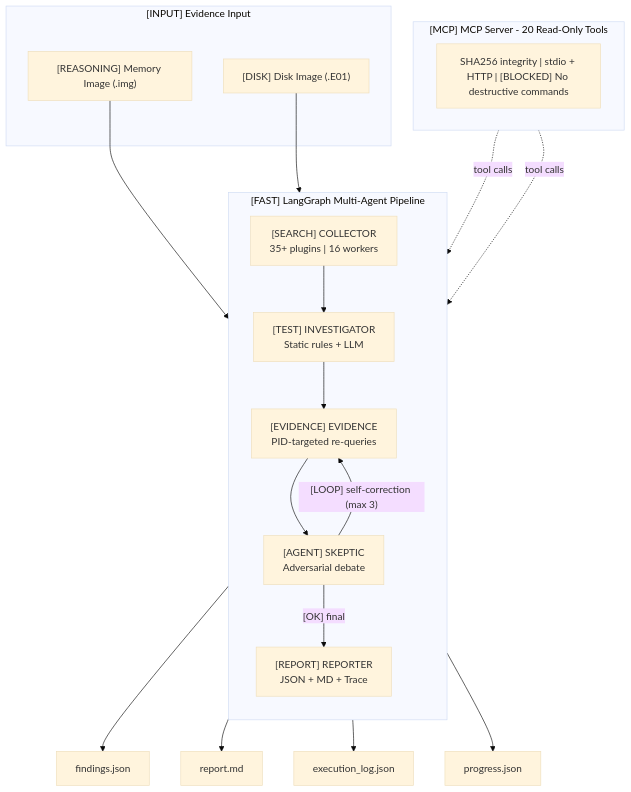
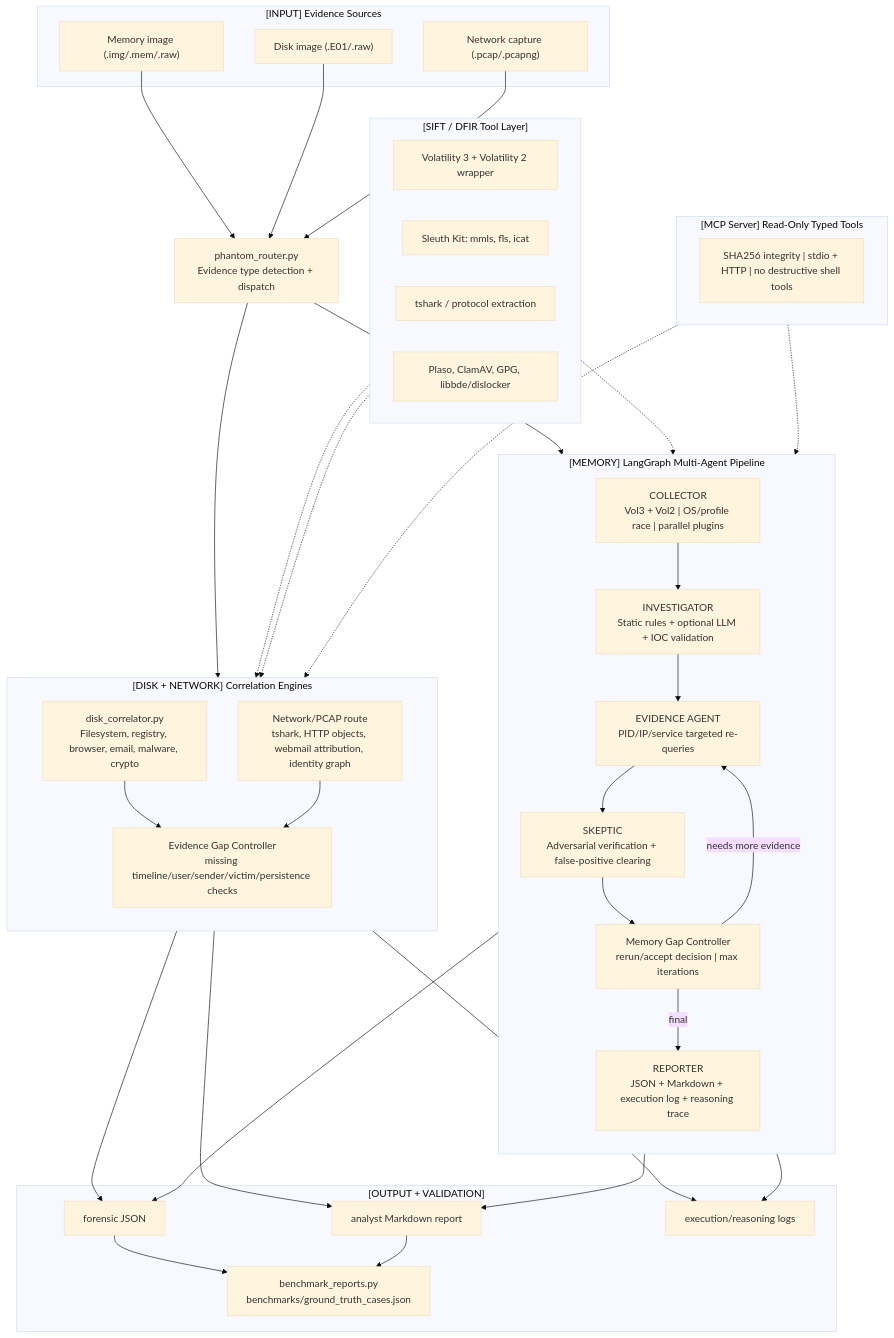
One commit to romilp619/Phantom-DFIR changed the diagram in README.md. Above: the diagram before and after it, drawn with Mermaid (base theme). The commit also changed other lines of this file and 3 other files, not shown here.

Commit message:
Polish judge-ready architecture and checklist

````diff
--- a/README.md
+++ b/README.md
@@ -634,30 +634,71 @@
 ```mermaid
 flowchart TB
-    subgraph INPUT["[INPUT] Evidence Input"]
-        MEM["[REASONING] Memory Image (.img)"]
-        DISK["[DISK] Disk Image (.E01)"]
+    subgraph INPUT["[INPUT] Evidence Sources"]
+        MEM["Memory image (.img/.mem/.raw)"]
+        DISK["Disk image (.E01/.raw)"]
+        PCAP["Network capture (.pcap/.pcapng)"]
     end
 
-    subgraph PIPELINE["[FAST] LangGraph Multi-Agent Pipeline"]
+    ROUTER["phantom_router.py<br/>Evidence type detection + dispatch"]
+
+    subgraph MEMORY["[MEMORY] LangGraph Multi-Agent Pipeline"]
         direction TB
-        COL["[SEARCH] COLLECTOR\n35+ plugins | 16 workers"]
-        INV["[TEST] INVESTIGATOR\nStatic rules + LLM"]
-        EVD["[EVIDENCE] EVIDENCE\nPID-targeted re-queries"]
-        SKP["[AGENT] SKEPTIC\nAdversarial debate"]
-        RPT["[REPORT] REPORTER\nJSON + MD + Trace"]
-
-        COL --> INV --> EVD --> SKP
-        SKP -->|"[LOOP] self-correction (max 3)"| EVD
-        SKP -->|"[OK] final"| RPT
+        COL["COLLECTOR<br/>Vol3 + Vol2 | OS/profile race | parallel plugins"]
+        INV["INVESTIGATOR<br/>Static rules + optional LLM + IOC validation"]
+        EVD["EVIDENCE AGENT<br/>PID/IP/service targeted re-queries"]
+        SKP["SKEPTIC<br/>Adversarial verification + false-positive clearing"]
+        MGC["Memory Gap Controller<br/>rerun/accept decision | max iterations"]
+        MRPT["REPORTER<br/>JSON + Markdown + execution log + reasoning trace"]
+        COL --> INV --> EVD --> SKP --> MGC
+        MGC -->|needs more evidence| EVD
+        MGC -->|final| MRPT
     end
 
-    subgraph MCP["[MCP] MCP Server - 20 Read-Only Tools"]
-        TOOLS["SHA256 integrity | stdio + HTTP | [BLOCKED] No destructive commands"]
+    subgraph DISKNET["[DISK + NETWORK] Correlation Engines"]
+        direction TB
+        DC["disk_correlator.py<br/>Filesystem, registry, browser, email, malware, crypto"]
+        NC["Network/PCAP route<br/>tshark, HTTP objects, webmail attribution, identity graph"]
+        EGC["Evidence Gap Controller<br/>missing timeline/user/sender/victim/persistence checks"]
+        DC --> EGC
+        NC --> EGC
     end
 
-    MEM --> COL
-    DISK --> COL
-    MCP -.->|tool calls| COL
-    MCP -.->|tool calls| EVD
-    RPT --> O1["findings.json"] & O2["report.md"] & O3["execution_log.json"] & O4["progress.json"]
+    subgraph SIFT["[SIFT / DFIR Tool Layer]"]
+        VOL["Volatility 3 + Volatility 2 wrapper"]
+        TSK["Sleuth Kit: mmls, fls, icat"]
+        NET["tshark / protocol extraction"]
+        AUX["Plaso, ClamAV, GPG, libbde/dislocker"]
+    end
+
+    subgraph MCP["[MCP Server] Read-Only Typed Tools"]
+        MCPTOOLS["SHA256 integrity | stdio + HTTP | no destructive shell tools"]
+    end
+
+    subgraph OUTPUT["[OUTPUT + VALIDATION]"]
+        JSON["forensic JSON"]
+        MD["analyst Markdown report"]
+        XLOG["execution/reasoning logs"]
+        BENCH["benchmark_reports.py<br/>benchmarks/ground_truth_cases.json"]
+    end
+
+    MEM --> ROUTER
+    DISK --> ROUTER
+    PCAP --> ROUTER
+    ROUTER --> MEMORY
+    ROUTER --> DISKNET
+
+    SIFT -.-> COL
+    SIFT -.-> DC
+    SIFT -.-> NC
+    MCP -.-> MEMORY
+    MCP -.-> DISKNET
+
+    MRPT --> JSON
+    MRPT --> MD
+    MRPT --> XLOG
+    EGC --> JSON
+    EGC --> MD
+    EGC --> XLOG
+    JSON --> BENCH
+    MD --> BENCH
 ```
````
